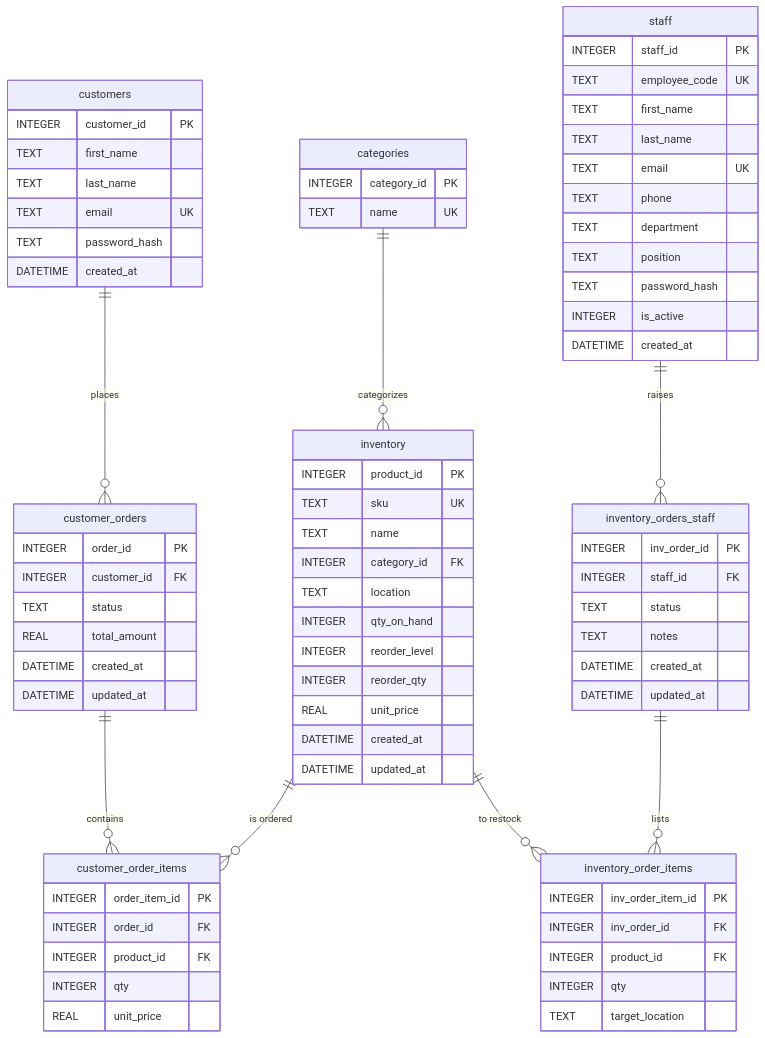
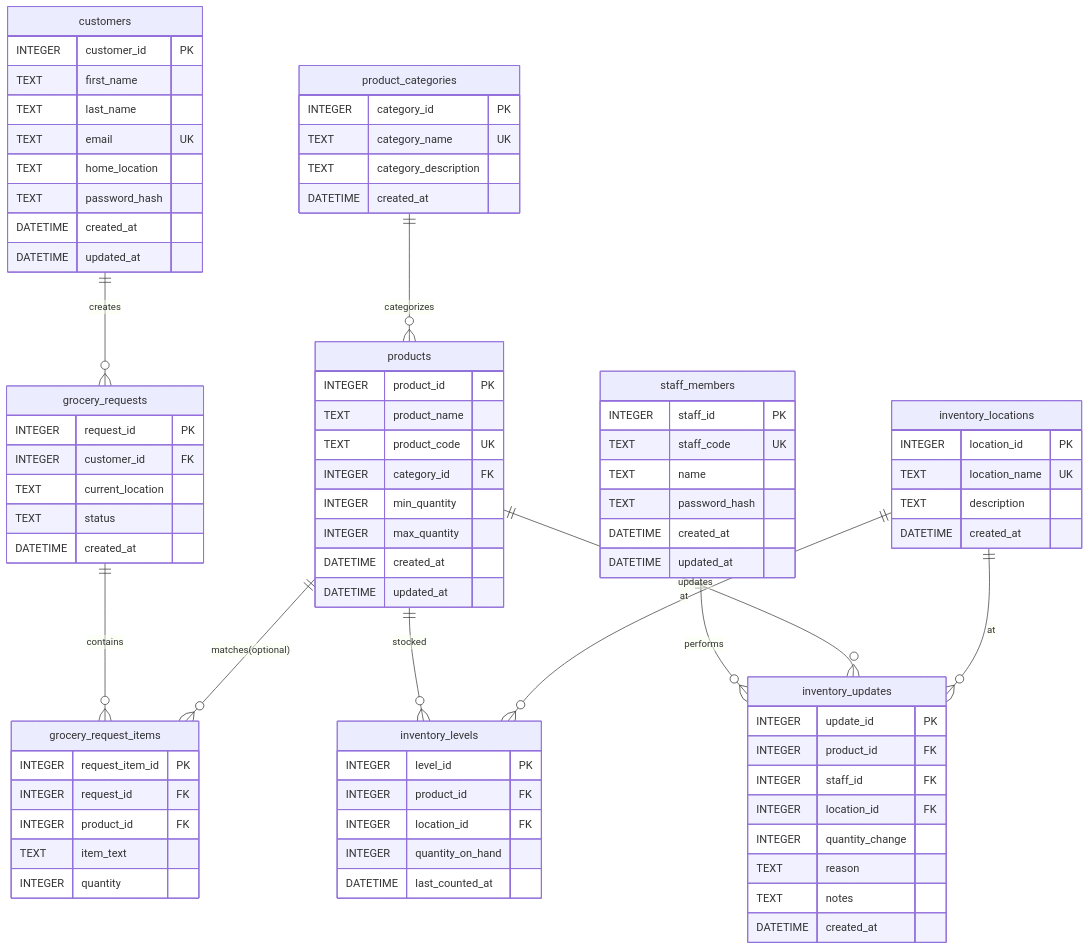
Before and after one commit to u21518727/BFB_Group_22_Final: the diagram in README.md, drawn with Mermaid.

Commit message:
Revise ERD to match updated database schema
Updated the Entity Relationship Diagram (ERD) in README.md to reflect new database schema changes, including renaming and restructuring of tables and relationships.

````diff
--- a/README.md
+++ b/README.md
@@ -32,93 +32,97 @@
 ```mermaid
+
 erDiagram
-    %% LOOKUPS
-    categories {
-        INTEGER category_id PK
-        TEXT name UK
-    }
-
-    %% USERS
     customers {
         INTEGER customer_id PK
         TEXT first_name
         TEXT last_name
         TEXT email UK
+        TEXT home_location
         TEXT password_hash
-        DATETIME created_at
-    }
-
-    staff {
-        INTEGER staff_id PK
-        TEXT employee_code UK
-        TEXT first_name
-        TEXT last_name
-        TEXT email UK
-        TEXT phone
-        TEXT department
-        TEXT position
-        TEXT password_hash
-        INTEGER is_active
-        DATETIME created_at
-    }
-
-    %% PRODUCTS / INVENTORY
-    inventory {
-        INTEGER product_id PK
-        TEXT sku UK
-        TEXT name
-        INTEGER category_id FK
-        TEXT location
-        INTEGER qty_on_hand
-        INTEGER reorder_level
-        INTEGER reorder_qty
-        REAL unit_price
         DATETIME created_at
         DATETIME updated_at
     }
 
-    %% CUSTOMER ORDERS (HEADER + ITEMS)
-    customer_orders {
-        INTEGER order_id PK
-        INTEGER customer_id FK
-        TEXT status
-        REAL total_amount
+    staff_members {
+        INTEGER staff_id PK
+        TEXT staff_code UK
+        TEXT name
+        TEXT password_hash
         DATETIME created_at
         DATETIME updated_at
     }
 
-    customer_order_items {
-        INTEGER order_item_id PK
-        INTEGER order_id FK
-        INTEGER product_id FK
-        INTEGER qty
-        REAL unit_price
+    product_categories {
+        INTEGER category_id PK
+        TEXT category_name UK
+        TEXT category_description
+        DATETIME created_at
     }
 
-    %% STAFF INVENTORY ORDERS (HEADER + ITEMS)
-    inventory_orders_staff {
-        INTEGER inv_order_id PK
-        INTEGER staff_id FK
-        TEXT status
-        TEXT notes
+    products {
+        INTEGER product_id PK
+        TEXT product_name
+        TEXT product_code UK
+        INTEGER category_id FK
+        INTEGER min_quantity
+        INTEGER max_quantity
         DATETIME created_at
         DATETIME updated_at
     }
 
-    inventory_order_items {
-        INTEGER inv_order_item_id PK
-        INTEGER inv_order_id FK
-        INTEGER product_id FK
-        INTEGER qty
-        TEXT target_location
+    inventory_locations {
+        INTEGER location_id PK
+        TEXT location_name UK
+        TEXT description
+        DATETIME created_at
     }
 
-    %% RELATIONSHIPS
-    categories ||--o{ inventory : "categorizes"
-    customers  ||--o{ customer_orders : "places"
-    customer_orders ||--o{ customer_order_items : "contains"
-    inventory  ||--o{ customer_order_items : "is ordered"
-    staff      ||--o{ inventory_orders_staff : "raises"
-    inventory_orders_staff ||--o{ inventory_order_items : "lists"
-    inventory  ||--o{ inventory_order_items : "to restock"
+    inventory_levels {
+        INTEGER level_id PK
+        INTEGER product_id FK
+        INTEGER location_id FK
+        INTEGER quantity_on_hand
+        DATETIME last_counted_at
+    }
+
+    inventory_updates {
+        INTEGER update_id PK
+        INTEGER product_id FK
+        INTEGER staff_id FK
+        INTEGER location_id FK
+        INTEGER quantity_change
+        TEXT reason
+        TEXT notes
+        DATETIME created_at
+    }
+
+    grocery_requests {
+        INTEGER request_id PK
+        INTEGER customer_id FK
+        TEXT current_location
+        TEXT status
+        DATETIME created_at
+    }
+
+    grocery_request_items {
+        INTEGER request_item_id PK
+        INTEGER request_id FK
+        INTEGER product_id FK
+        TEXT item_text
+        INTEGER quantity
+    }
+
+    %% Relationships (mirroring your UI flow)
+    product_categories ||--o{ products : "categorizes"
+    products ||--o{ inventory_levels : "stocked"
+    inventory_locations ||--o{ inventory_levels : "at"
+
+    staff_members ||--o{ inventory_updates : "performs"
+    products ||--o{ inventory_updates : "updates"
+    inventory_locations ||--o{ inventory_updates : "at"
+
+    customers ||--o{ grocery_requests : "creates"
+    grocery_requests ||--o{ grocery_request_items : "contains"
+    products ||--o{ grocery_request_items : "matches(optional)"
 
 ```
````
